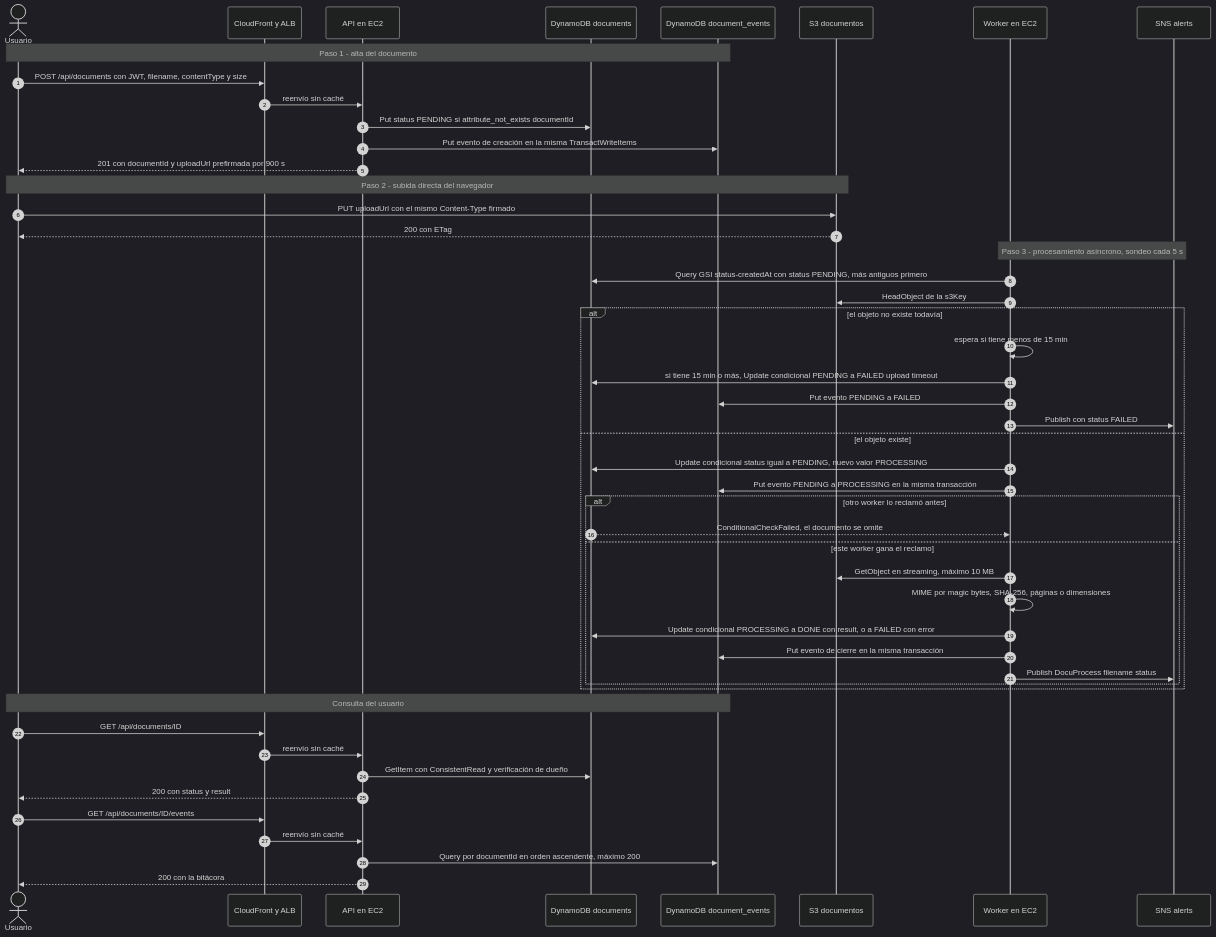
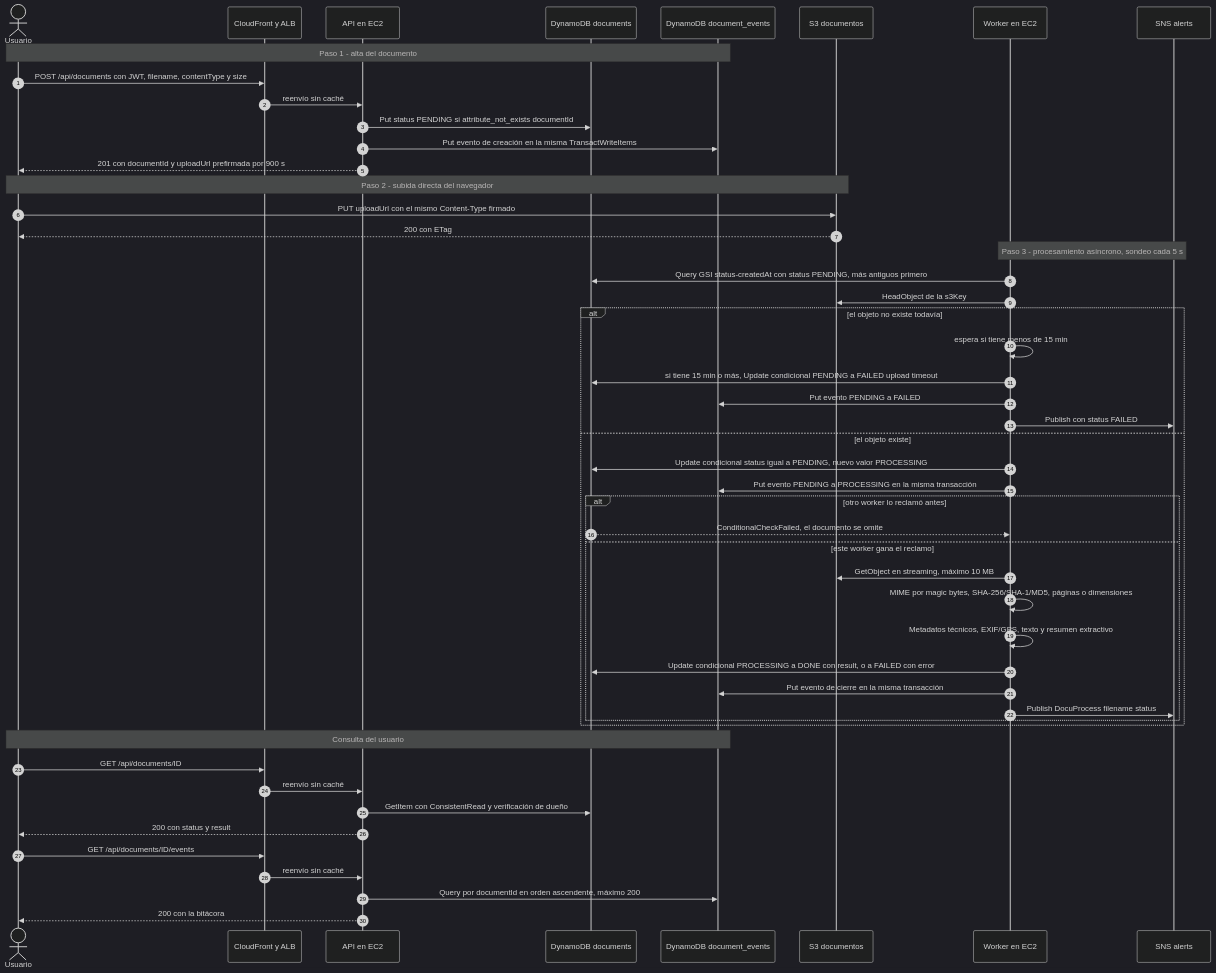
The second of 3 diagrams in docs/architecture.md (Alejandroperezgarc1a/docuprocess-cloud), drawn with Mermaid (dark theme) before and after one commit. The commit also changed other lines of this file and 28 other files, not shown here.

````diff
--- a/docs/architecture.md
+++ b/docs/architecture.md
@@ -90,55 +90,56 @@
 ```mermaid
 sequenceDiagram
     autonumber
     actor U as Usuario
     participant CF as CloudFront y ALB
     participant API as API en EC2
     participant DOC as DynamoDB documents
     participant EVT as DynamoDB document_events
     participant S3 as S3 documentos
     participant W as Worker en EC2
     participant SNS as SNS alerts
 
     Note over U,EVT: Paso 1 - alta del documento
     U->>CF: POST /api/documents con JWT, filename, contentType y size
     CF->>API: reenvío sin caché
     API->>DOC: Put status PENDING si attribute_not_exists documentId
     API->>EVT: Put evento de creación en la misma TransactWriteItems
     API-->>U: 201 con documentId y uploadUrl prefirmada por 900 s
 
     Note over U,S3: Paso 2 - subida directa del navegador
     U->>S3: PUT uploadUrl con el mismo Content-Type firmado
     S3-->>U: 200 con ETag
 
     Note over W,SNS: Paso 3 - procesamiento asíncrono, sondeo cada 5 s
     W->>DOC: Query GSI status-createdAt con status PENDING, más antiguos primero
     W->>S3: HeadObject de la s3Key
     alt el objeto no existe todavía
         W->>W: espera si tiene menos de 15 min
         W->>DOC: si tiene 15 min o más, Update condicional PENDING a FAILED upload timeout
         W->>EVT: Put evento PENDING a FAILED
         W->>SNS: Publish con status FAILED
     else el objeto existe
         W->>DOC: Update condicional status igual a PENDING, nuevo valor PROCESSING
         W->>EVT: Put evento PENDING a PROCESSING en la misma transacción
         alt otro worker lo reclamó antes
             DOC-->>W: ConditionalCheckFailed, el documento se omite
         else este worker gana el reclamo
             W->>S3: GetObject en streaming, máximo 10 MB
-            W->>W: MIME por magic bytes, SHA-256, páginas o dimensiones
+            W->>W: MIME por magic bytes, SHA-256/SHA-1/MD5, páginas o dimensiones
+            W->>W: Metadatos técnicos, EXIF/GPS, texto y resumen extractivo
             W->>DOC: Update condicional PROCESSING a DONE con result, o a FAILED con error
             W->>EVT: Put evento de cierre en la misma transacción
             W->>SNS: Publish DocuProcess filename status
         end
     end
 
     Note over U,EVT: Consulta del usuario
     U->>CF: GET /api/documents/ID
     CF->>API: reenvío sin caché
     API->>DOC: GetItem con ConsistentRead y verificación de dueño
     API-->>U: 200 con status y result
     U->>CF: GET /api/documents/ID/events
     CF->>API: reenvío sin caché
     API->>EVT: Query por documentId en orden ascendente, máximo 200
     API-->>U: 200 con la bitácora
 ```
````
